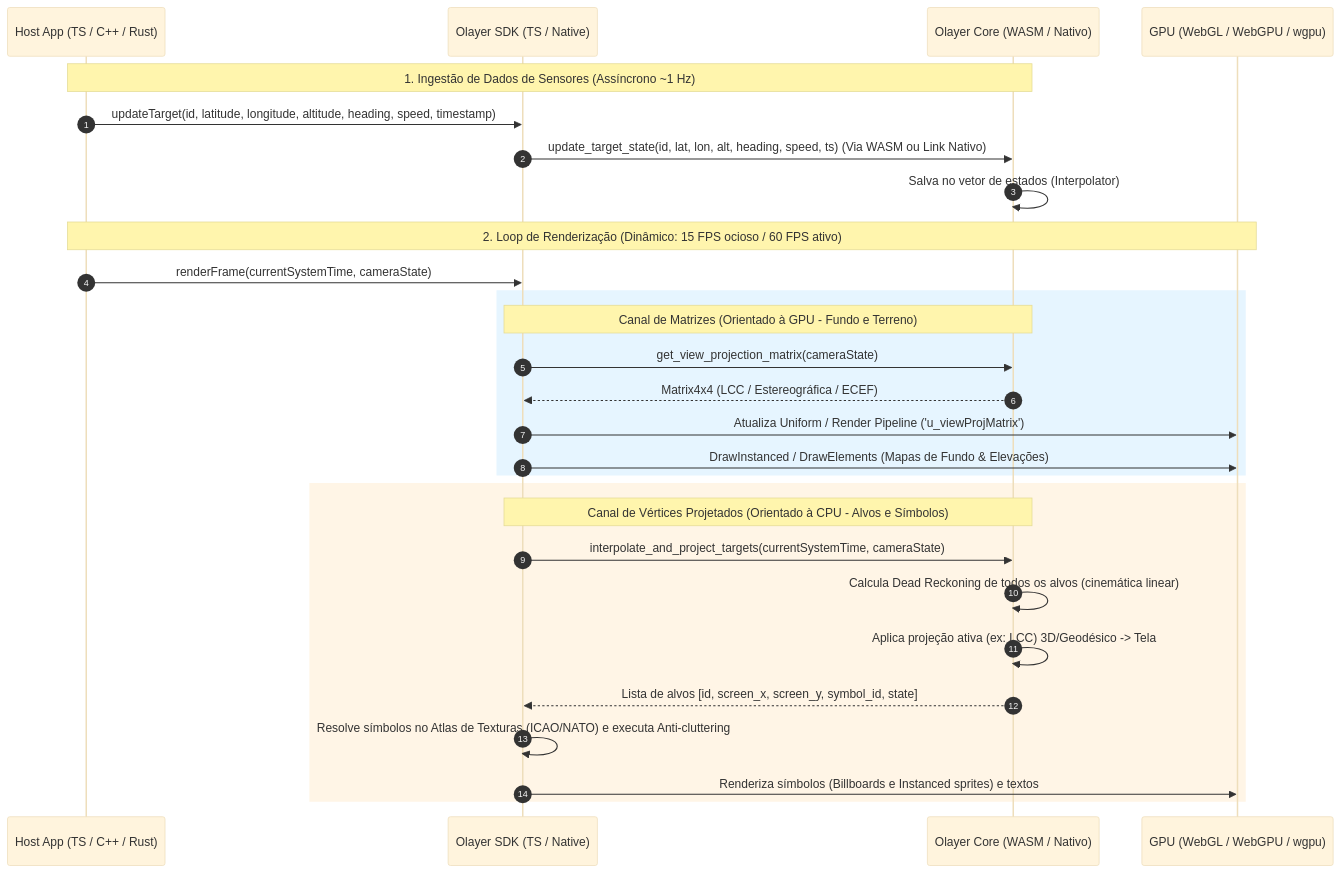
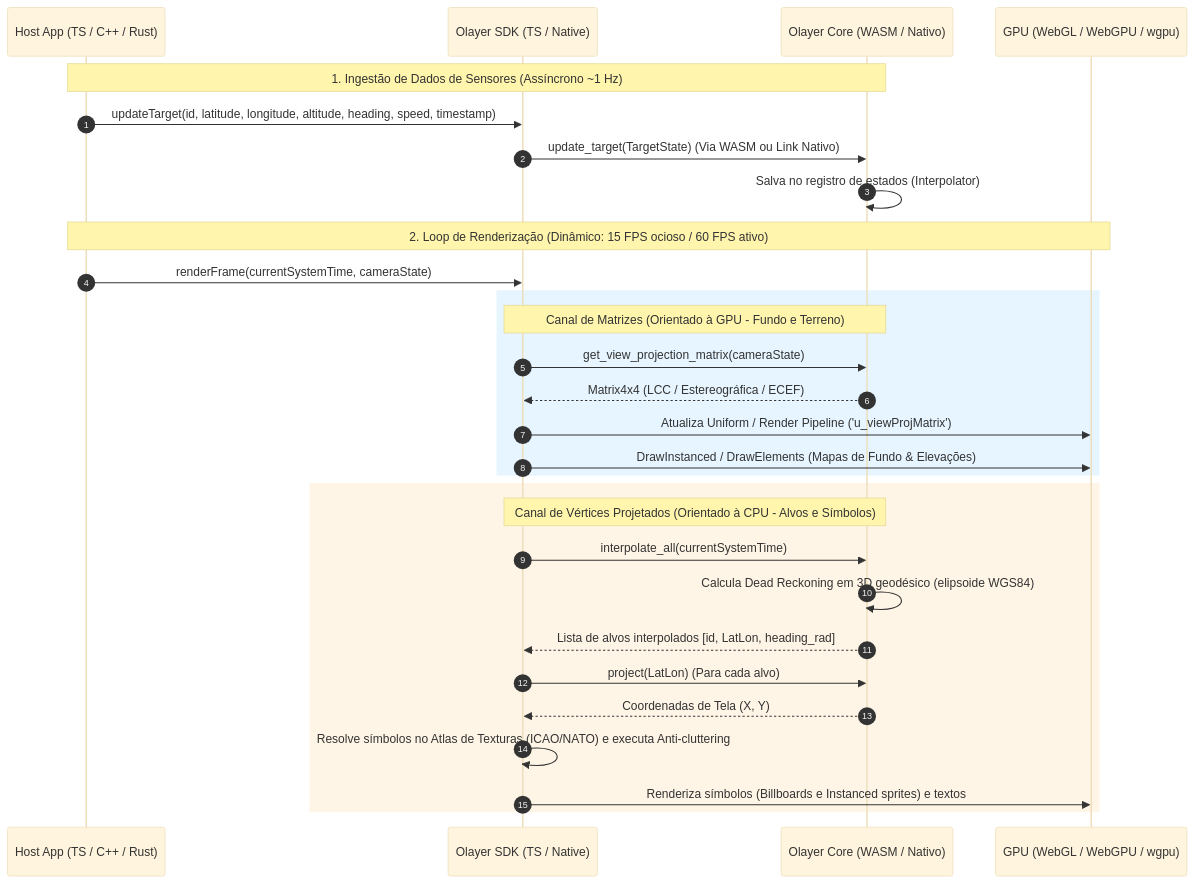
The fourth of 5 diagrams in docs/arch.md (rodoni/olayer), drawn with Mermaid (base theme) before and after one commit. The commit also changed other lines of this file and 36 other files, not shown here.

Commit message:
Develop core::symbol_registry, core::interpolator and core::terrain

````diff
--- a/docs/arch.md
+++ b/docs/arch.md
@@ -252,34 +252,35 @@
 ```mermaid
 sequenceDiagram
     autonumber
     participant Host as Host App (TS / C++ / Rust)
     participant SDK as Olayer SDK (TS / Native)
     participant Core as Olayer Core (WASM / Nativo)
     participant GPU as GPU (WebGL / WebGPU / wgpu)
 
     Note over Host, Core: 1. Ingestão de Dados de Sensores (Assíncrono ~1 Hz)
     Host->>SDK: updateTarget(id, latitude, longitude, altitude, heading, speed, timestamp)
-    SDK->>Core: update_target_state(id, lat, lon, alt, heading, speed, ts) (Via WASM ou Link Nativo)
-    Core->>Core: Salva no vetor de estados (Interpolator)
+    SDK->>Core: update_target(TargetState) (Via WASM ou Link Nativo)
+    Core->>Core: Salva no registro de estados (Interpolator)
 
     Note over Host, GPU: 2. Loop de Renderização (Dinâmico: 15 FPS ocioso / 60 FPS ativo)
     Host->>SDK: renderFrame(currentSystemTime, cameraState)
     
     rect rgb(230, 245, 255)
         Note over SDK, Core: Canal de Matrizes (Orientado à GPU - Fundo e Terreno)
         SDK->>Core: get_view_projection_matrix(cameraState)
         Core-->>SDK: Matrix4x4 (LCC / Estereográfica / ECEF)
         SDK->>GPU: Atualiza Uniform / Render Pipeline ('u_viewProjMatrix')
         SDK->>GPU: DrawInstanced / DrawElements (Mapas de Fundo & Elevações)
     end
 
     rect rgb(255, 245, 230)
         Note over SDK, Core: Canal de Vértices Projetados (Orientado à CPU - Alvos e Símbolos)
-        SDK->>Core: interpolate_and_project_targets(currentSystemTime, cameraState)
-        Core->>Core: Calcula Dead Reckoning de todos os alvos (cinemática linear)
-        Core->>Core: Aplica projeção ativa (ex: LCC) 3D/Geodésico -> Tela
-        Core-->>SDK: Lista de alvos [id, screen_x, screen_y, symbol_id, state]
+        SDK->>Core: interpolate_all(currentSystemTime)
+        Core->>Core: Calcula Dead Reckoning em 3D geodésico (elipsoide WGS84)
+        Core-->>SDK: Lista de alvos interpolados [id, LatLon, heading_rad]
+        SDK->>Core: project(LatLon) (Para cada alvo)
+        Core-->>SDK: Coordenadas de Tela (X, Y)
         SDK->>SDK: Resolve símbolos no Atlas de Texturas (ICAO/NATO) e executa Anti-cluttering
         SDK->>GPU: Renderiza símbolos (Billboards e Instanced sprites) e textos
     end
 ```
````
